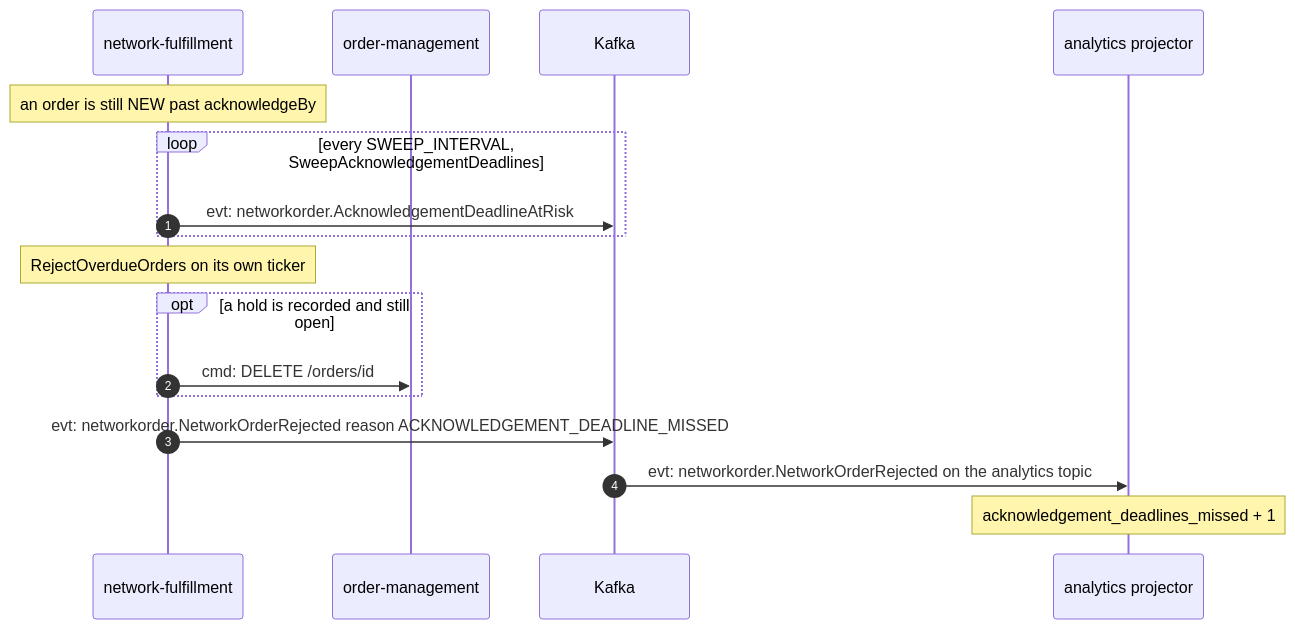
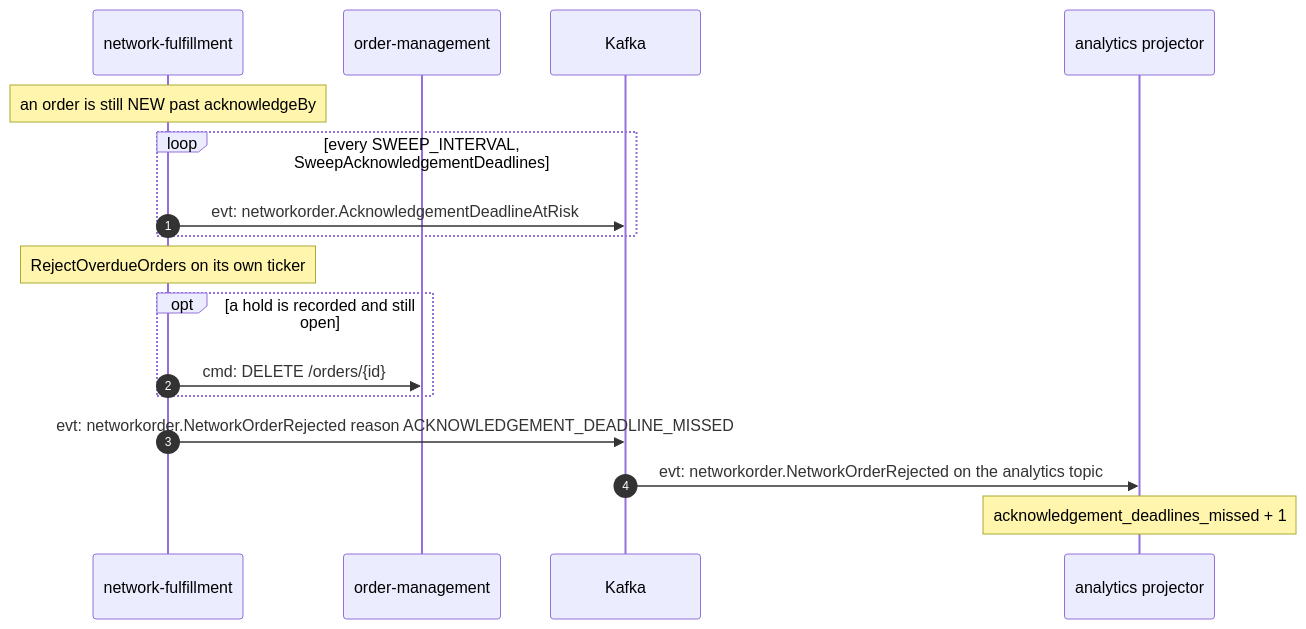
The third of 5 diagrams in docs/contexts/network-fulfillment/domain-message-flow.md (IQVO/warehouse-docs), drawn with Mermaid before and after one commit. The commit also changed other lines of this file and 42 other files, not shown here.

````diff
--- a/docs/contexts/network-fulfillment/domain-message-flow.md
+++ b/docs/contexts/network-fulfillment/domain-message-flow.md
@@ -109,19 +109,19 @@
 ```mermaid
 sequenceDiagram
     autonumber
     participant NF as network-fulfillment
     participant OM as order-management
     participant K as Kafka
     participant PJ as analytics projector
     Note over NF: an order is still NEW past acknowledgeBy
     loop every SWEEP_INTERVAL, SweepAcknowledgementDeadlines
         NF->>K: evt: networkorder.AcknowledgementDeadlineAtRisk
     end
     Note over NF: RejectOverdueOrders on its own ticker
     opt a hold is recorded and still open
-        NF->>OM: cmd: DELETE /orders/id
+        NF->>OM: cmd: DELETE /orders/{id}
     end
     NF->>K: evt: networkorder.NetworkOrderRejected reason ACKNOWLEDGEMENT_DEADLINE_MISSED
     K->>PJ: evt: networkorder.NetworkOrderRejected on the analytics topic
     Note over PJ: acknowledgement_deadlines_missed + 1
 ```
````
